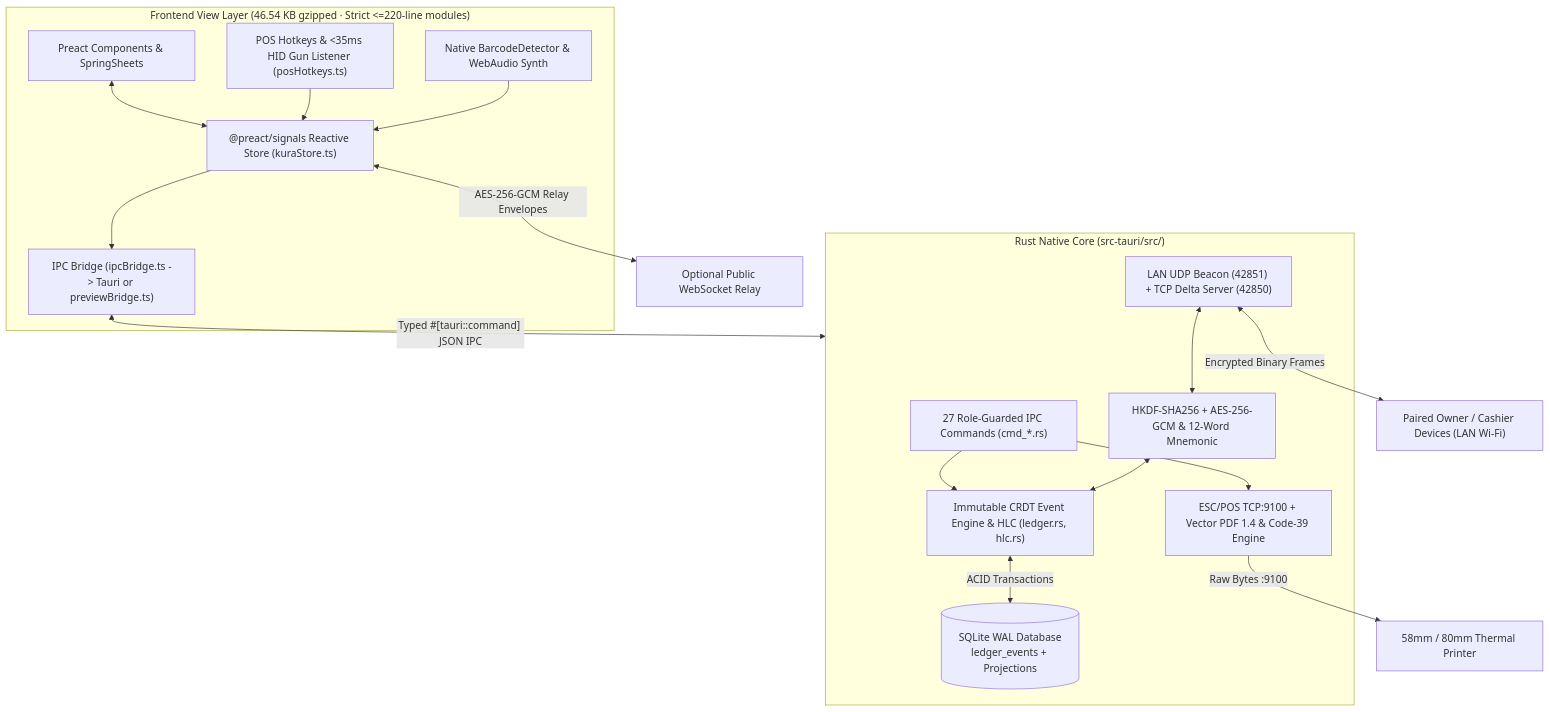
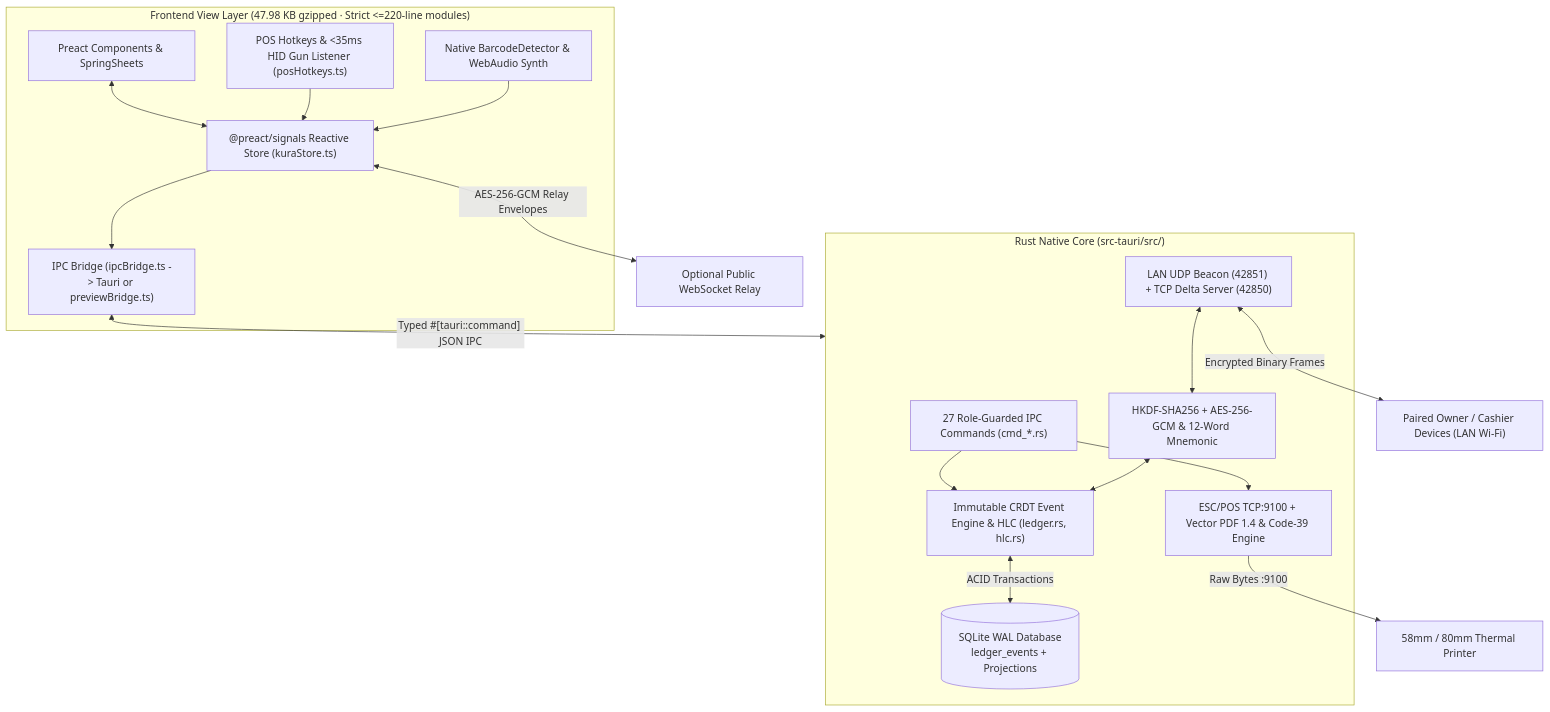
The first of 3 diagrams in README.md (thisissufian/kura-shop-sync), drawn with Mermaid before and after one commit. The commit also changed other lines of this file and 62 other files, not shown here.

````diff
--- a/README.md
+++ b/README.md
@@ -77,34 +77,34 @@
 ```mermaid
 flowchart TB
-    subgraph FE["Frontend View Layer (46.54 KB gzipped · Strict <=220-line modules)"]
+    subgraph FE["Frontend View Layer (47.98 KB gzipped · Strict <=220-line modules)"]
         UI["Preact Components & SpringSheets"]
         SIG["@preact/signals Reactive Store (kuraStore.ts)"]
         HOT["POS Hotkeys & <35ms HID Gun Listener (posHotkeys.ts)"]
         CAM["Native BarcodeDetector & WebAudio Synth"]
         BRG["IPC Bridge (ipcBridge.ts -> Tauri or previewBridge.ts)"]
         UI <--> SIG
         HOT --> SIG
         CAM --> SIG
         SIG --> BRG
     end
 
     BRG <-->|"Typed #[tauri::command] JSON IPC"| CORE
 
     subgraph CORE["Rust Native Core (src-tauri/src/)"]
         CMD["27 Role-Guarded IPC Commands (cmd_*.rs)"]
         LED["Immutable CRDT Event Engine & HLC (ledger.rs, hlc.rs)"]
         SQL[("SQLite WAL Database\nledger_events + Projections")]
         CRP["HKDF-SHA256 + AES-256-GCM & 12-Word Mnemonic"]
         LAN["LAN UDP Beacon (42851) + TCP Delta Server (42850)"]
         PRT["ESC/POS TCP:9100 + Vector PDF 1.4 & Code-39 Engine"]
         CMD --> LED
         LED <-->|"ACID Transactions"| SQL
         CMD --> PRT
         LAN <--> CRP
         CRP <--> LED
     end
 
     LAN <-->|"Encrypted Binary Frames"| PEER["Paired Owner / Cashier Devices (LAN Wi-Fi)"]
     SIG <-->|"AES-256-GCM Relay Envelopes"| WS["Optional Public WebSocket Relay"]
     PRT -->|"Raw Bytes :9100"| PRN["58mm / 80mm Thermal Printer"]
 ```
````
